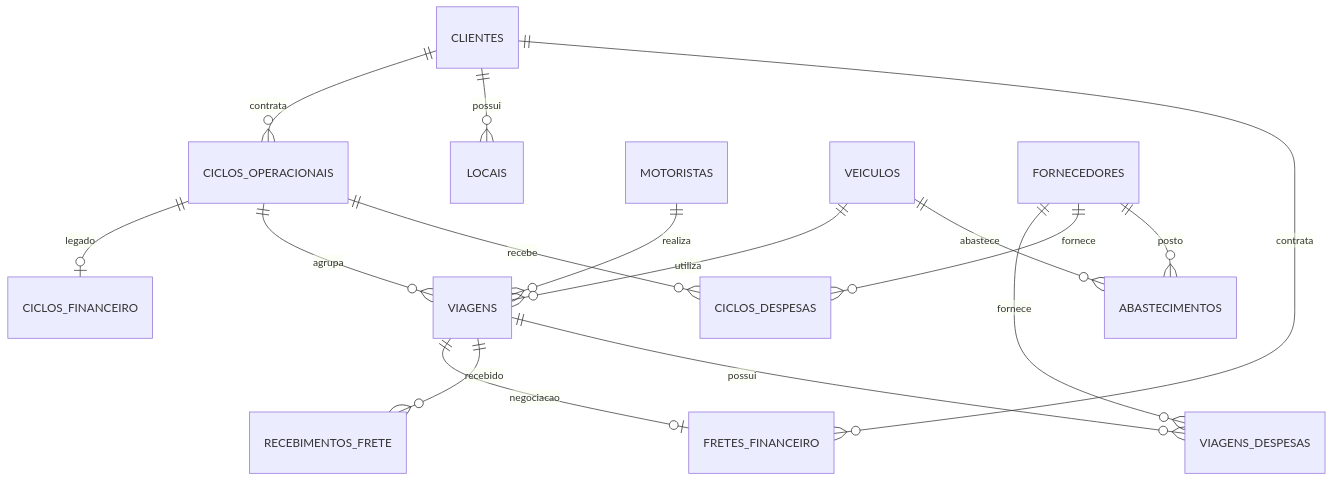
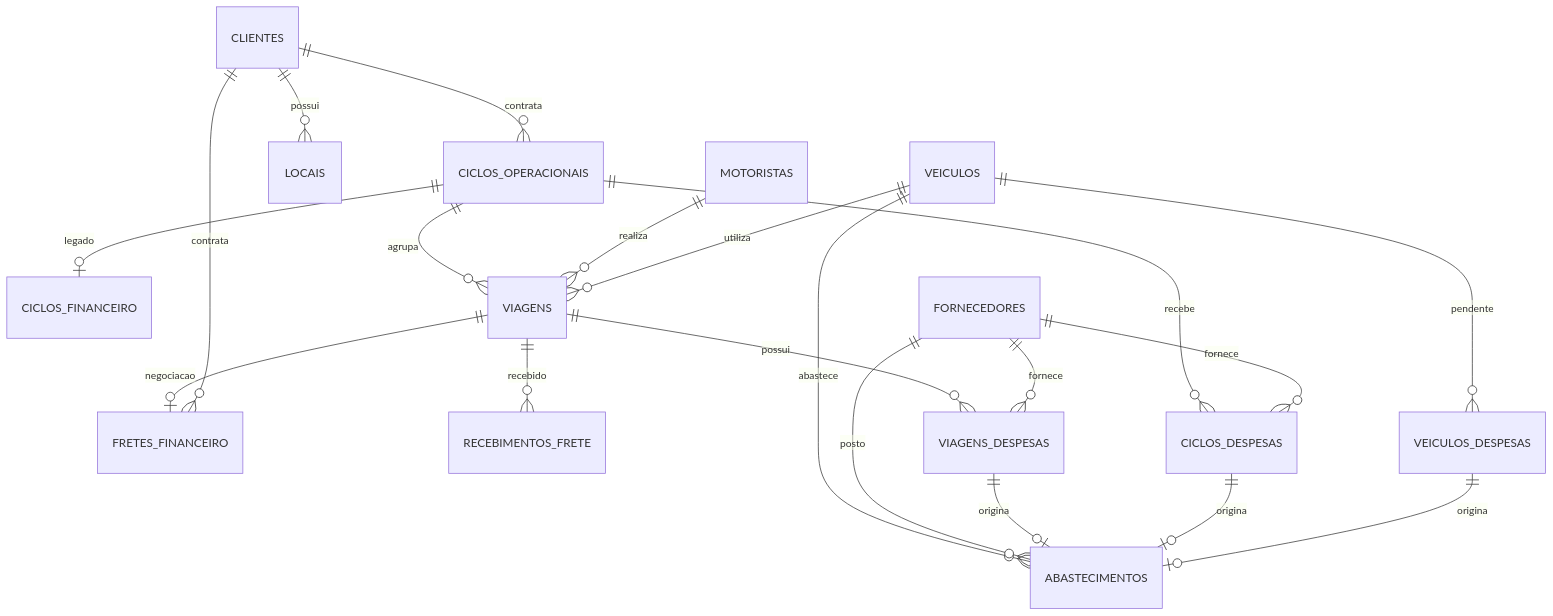
One commit to felpontes98/faeg-logistica-app changed the diagram in docs/arquitetura_banco.md. Above: the diagram before and after it, drawn with Mermaid. The commit also changed other lines of this file and 7 other files, not shown here.

Commit message:
refactor: unificar despesas e abastecimentos na etapa 7

````diff
--- a/docs/arquitetura_banco.md
+++ b/docs/arquitetura_banco.md
@@ -29,18 +30,22 @@
 ```mermaid
 erDiagram
     CLIENTES ||--o{ CICLOS_OPERACIONAIS : contrata
     CLIENTES ||--o{ LOCAIS : possui
     CICLOS_OPERACIONAIS ||--o| CICLOS_FINANCEIRO : legado
     CICLOS_OPERACIONAIS ||--o{ VIAGENS : agrupa
     VIAGENS ||--o| FRETES_FINANCEIRO : negociacao
     VIAGENS ||--o{ RECEBIMENTOS_FRETE : recebido
     CLIENTES ||--o{ FRETES_FINANCEIRO : contrata
     MOTORISTAS ||--o{ VIAGENS : realiza
     VEICULOS ||--o{ VIAGENS : utiliza
     VEICULOS ||--o{ ABASTECIMENTOS : abastece
+    VEICULOS ||--o{ VEICULOS_DESPESAS : pendente
     VIAGENS ||--o{ VIAGENS_DESPESAS : possui
     CICLOS_OPERACIONAIS ||--o{ CICLOS_DESPESAS : recebe
     FORNECEDORES ||--o{ VIAGENS_DESPESAS : fornece
     FORNECEDORES ||--o{ CICLOS_DESPESAS : fornece
     FORNECEDORES ||--o{ ABASTECIMENTOS : posto
+    VIAGENS_DESPESAS ||--o| ABASTECIMENTOS : origina
+    CICLOS_DESPESAS ||--o| ABASTECIMENTOS : origina
+    VEICULOS_DESPESAS ||--o| ABASTECIMENTOS : origina
 ```
````
